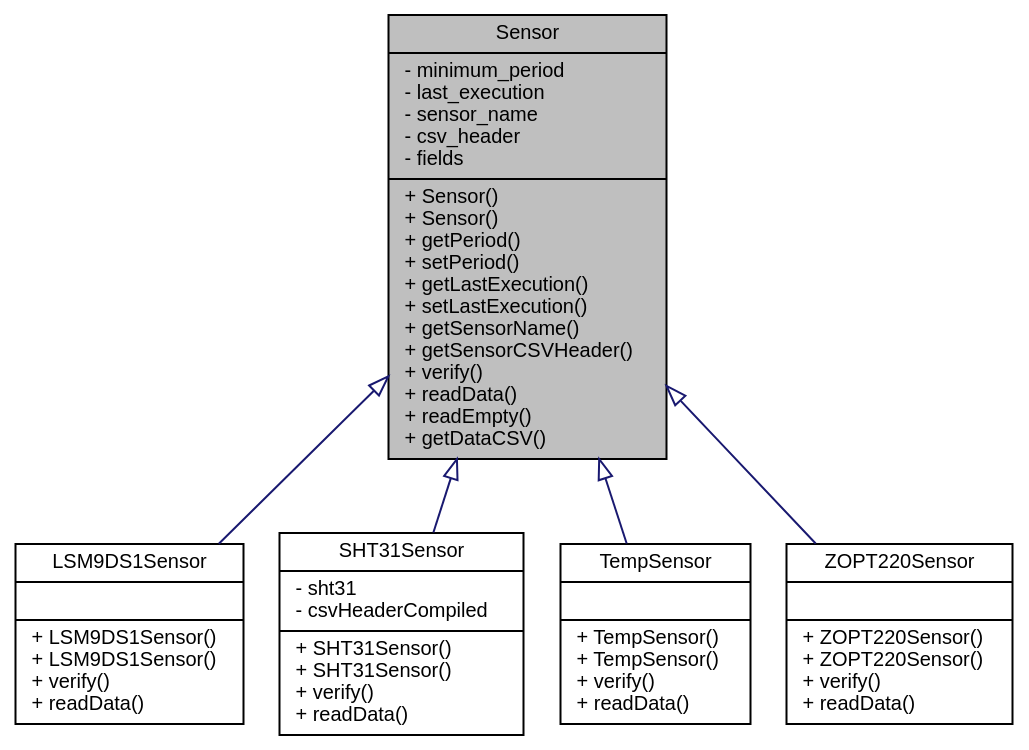
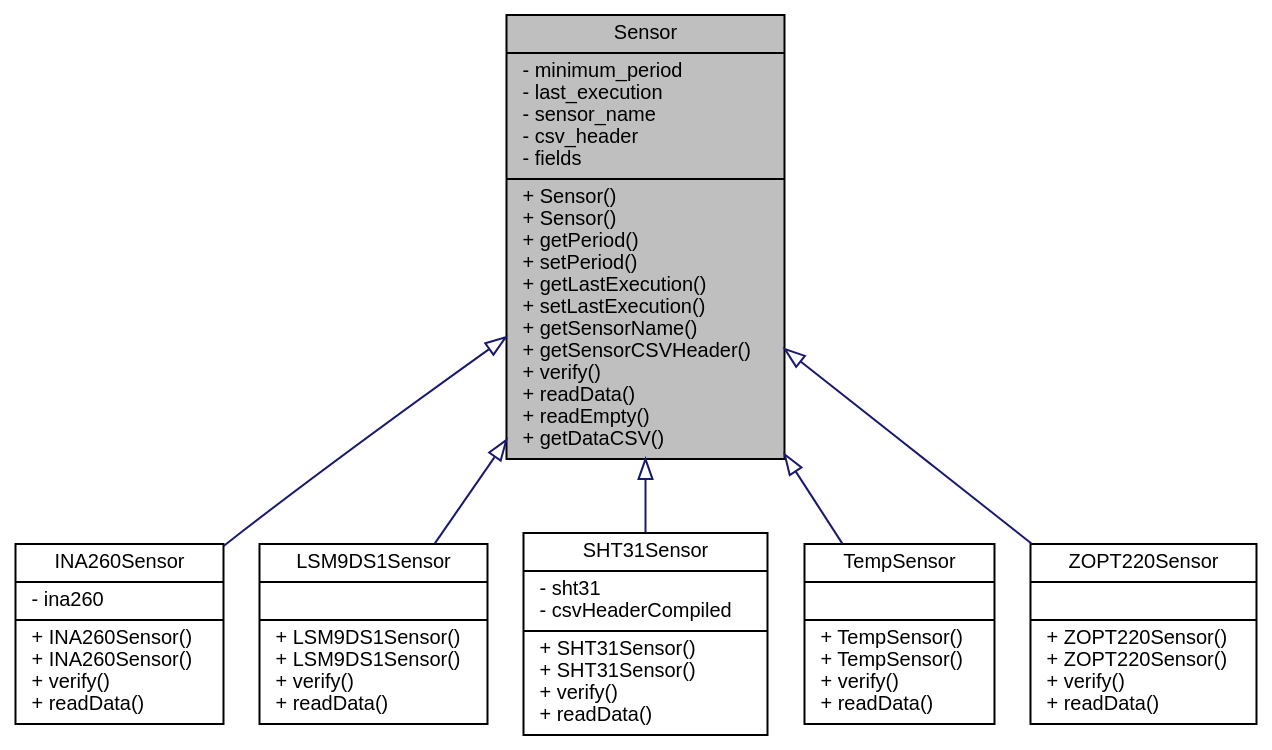
Before and after one commit to ASU-ASCEND/Fall-2024: the diagram in docs/classSensor__inherit__graph.dot, drawn with Graphviz. The commit also changed 72 other files, not shown here.

```diff
--- a/docs/classSensor__inherit__graph.dot
+++ b/docs/classSensor__inherit__graph.dot
@@ -1,17 +1,19 @@
 digraph "Sensor"
 {
  // INTERACTIVE_SVG=YES
  // LATEX_PDF_SIZE
   bgcolor="transparent";
   edge [fontname="Helvetica",fontsize="10",labelfontname="Helvetica",labelfontsize="10"];
   node [fontname="Helvetica",fontsize="10",shape=record];
   Node1 [label="{Sensor\n|- minimum_period\l- last_execution\l- sensor_name\l- csv_header\l- fields\l|+ Sensor()\l+ Sensor()\l+ getPeriod()\l+ setPeriod()\l+ getLastExecution()\l+ setLastExecution()\l+ getSensorName()\l+ getSensorCSVHeader()\l+ verify()\l+ readData()\l+ readEmpty()\l+ getDataCSV()\l}",height=0.2,width=0.4,color="black", fillcolor="grey75", style="filled", fontcolor="black",tooltip="Parent class for sensor objects."];
   Node1 -> Node2 [dir="back",color="midnightblue",fontsize="10",style="solid",arrowtail="onormal",fontname="Helvetica"];
-  Node2 [label="{LSM9DS1Sensor\n||+ LSM9DS1Sensor()\l+ LSM9DS1Sensor()\l+ verify()\l+ readData()\l}",height=0.2,width=0.4,color="black",URL="$classLSM9DS1Sensor.html",tooltip=" "];
+  Node2 [label="{INA260Sensor\n|- ina260\l|+ INA260Sensor()\l+ INA260Sensor()\l+ verify()\l+ readData()\l}",height=0.2,width=0.4,color="black",URL="$classINA260Sensor.html",tooltip="A class to interface with the Adafruit INA260 sensor for current, voltage, and power measurements."];
   Node1 -> Node3 [dir="back",color="midnightblue",fontsize="10",style="solid",arrowtail="onormal",fontname="Helvetica"];
-  Node3 [label="{SHT31Sensor\n|- sht31\l- csvHeaderCompiled\l|+ SHT31Sensor()\l+ SHT31Sensor()\l+ verify()\l+ readData()\l}",height=0.2,width=0.4,color="black",URL="$classSHT31Sensor.html",tooltip="Interfaces with SHT31 Sensor to collect temperature and humidity data."];
+  Node3 [label="{LSM9DS1Sensor\n||+ LSM9DS1Sensor()\l+ LSM9DS1Sensor()\l+ verify()\l+ readData()\l}",height=0.2,width=0.4,color="black",URL="$classLSM9DS1Sensor.html",tooltip=" "];
   Node1 -> Node4 [dir="back",color="midnightblue",fontsize="10",style="solid",arrowtail="onormal",fontname="Helvetica"];
-  Node4 [label="{TempSensor\n||+ TempSensor()\l+ TempSensor()\l+ verify()\l+ readData()\l}",height=0.2,width=0.4,color="black",URL="$classTempSensor.html",tooltip="Implementation of a Sensor for the onboard temperature sensor."];
+  Node4 [label="{SHT31Sensor\n|- sht31\l- csvHeaderCompiled\l|+ SHT31Sensor()\l+ SHT31Sensor()\l+ verify()\l+ readData()\l}",height=0.2,width=0.4,color="black",URL="$classSHT31Sensor.html",tooltip="Interfaces with SHT31 Sensor to collect temperature and humidity data."];
   Node1 -> Node5 [dir="back",color="midnightblue",fontsize="10",style="solid",arrowtail="onormal",fontname="Helvetica"];
-  Node5 [label="{ZOPT220Sensor\n||+ ZOPT220Sensor()\l+ ZOPT220Sensor()\l+ verify()\l+ readData()\l}",height=0.2,width=0.4,color="black",URL="$classZOPT220Sensor.html",tooltip="A class to interface with the ZOPT220x UV and ambient light sensor."];
+  Node5 [label="{TempSensor\n||+ TempSensor()\l+ TempSensor()\l+ verify()\l+ readData()\l}",height=0.2,width=0.4,color="black",URL="$classTempSensor.html",tooltip="Implementation of a Sensor for the onboard temperature sensor."];
+  Node1 -> Node6 [dir="back",color="midnightblue",fontsize="10",style="solid",arrowtail="onormal",fontname="Helvetica"];
+  Node6 [label="{ZOPT220Sensor\n||+ ZOPT220Sensor()\l+ ZOPT220Sensor()\l+ verify()\l+ readData()\l}",height=0.2,width=0.4,color="black",URL="$classZOPT220Sensor.html",tooltip="A class to interface with the ZOPT220x UV and ambient light sensor."];
 }
```
